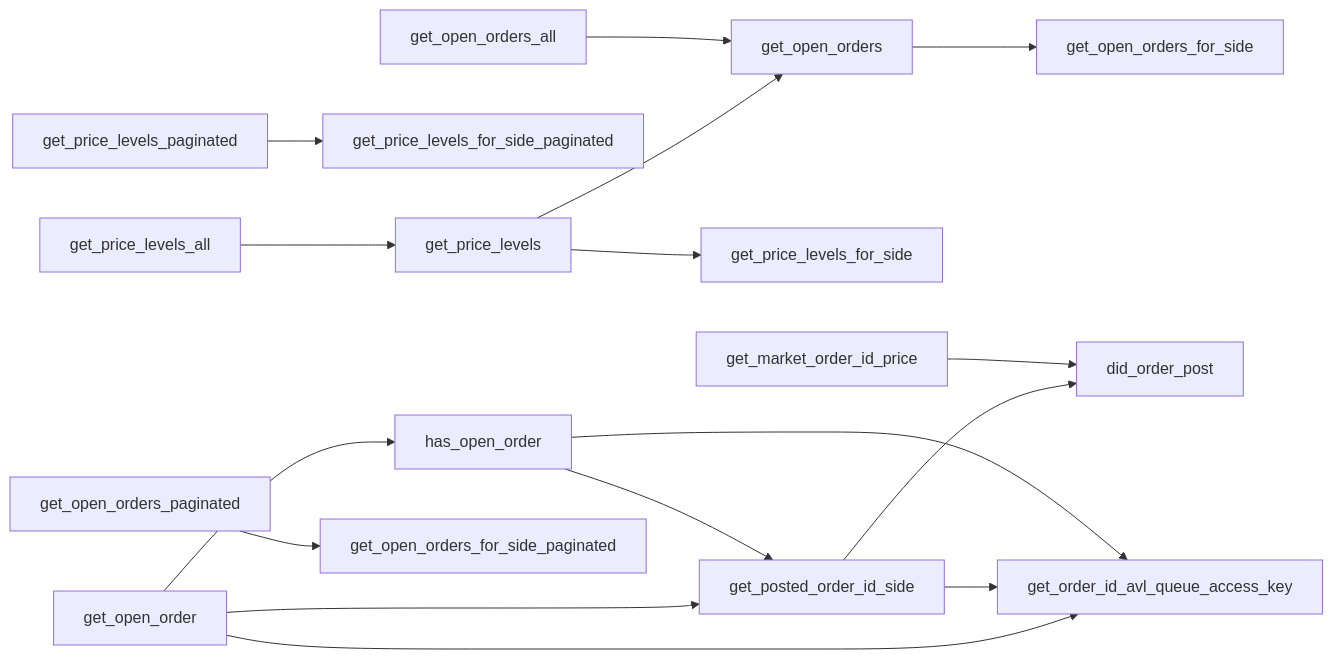
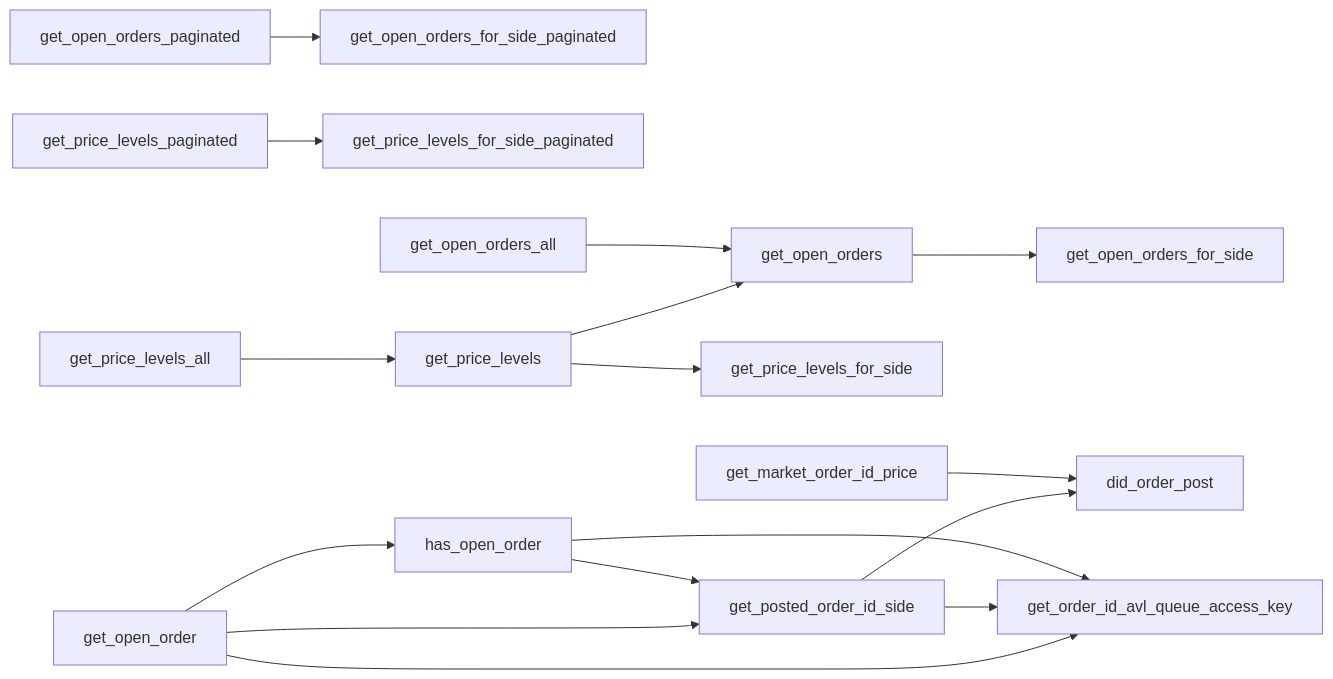
Before and after one commit to econia-labs/econia: the sixth of 10 diagrams in src/move/econia/doc/market.md, drawn with Mermaid. The commit also changed other lines of this file and 1 other file, not shown here.

Commit message:
Update dep chart order

````diff
--- a/src/move/econia/doc/market.md
+++ b/src/move/econia/doc/market.md
@@ -371,21 +371,21 @@
 ```mermaid
 
 flowchart LR
 
+get_open_orders_paginated --> get_open_orders_for_side_paginated
+get_price_levels_paginated --> get_price_levels_for_side_paginated
 get_price_levels --> get_open_orders
 get_price_levels --> get_price_levels_for_side
 get_price_levels_all --> get_price_levels
-get_price_levels_paginated --> get_price_levels_for_side_paginated
 get_open_order --> has_open_order
 get_open_order --> get_posted_order_id_side
 get_open_order --> get_order_id_avl_queue_access_key
 get_posted_order_id_side --> did_order_post
 get_posted_order_id_side --> get_order_id_avl_queue_access_key
 has_open_order --> get_posted_order_id_side
 has_open_order --> get_order_id_avl_queue_access_key
 get_open_orders --> get_open_orders_for_side
 get_open_orders_all --> get_open_orders
-get_open_orders_paginated --> get_open_orders_for_side_paginated
 get_market_order_id_price --> did_order_post
 
 ```
````
